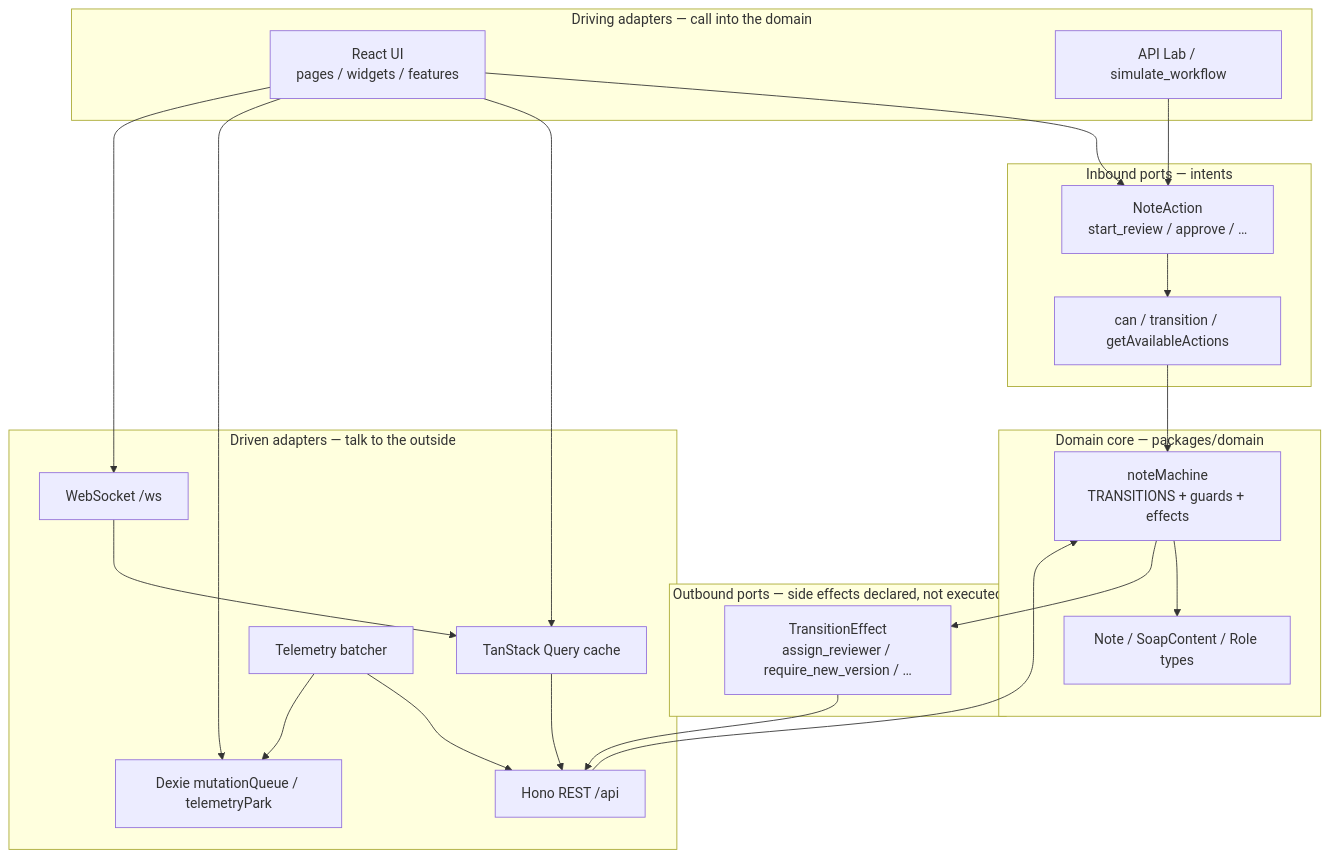
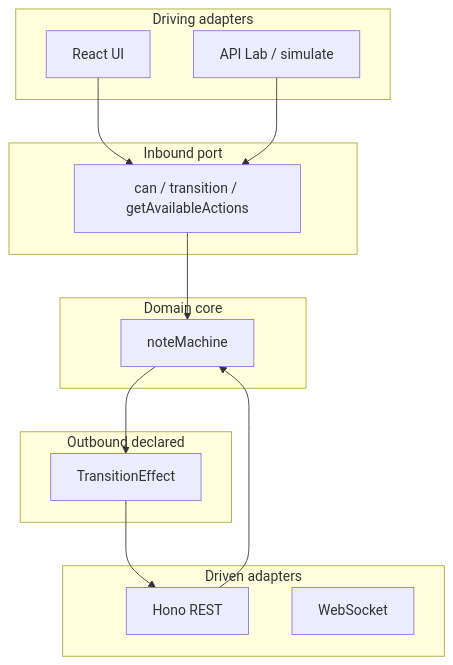
The diagram in docs/01-hexagonal-architecture.md (rickyssj2/cliniq-notes-ai), drawn with Mermaid before and after one commit. The commit also changed other lines of this file and 46 other files, not shown here.

````diff
--- a/docs/01-hexagonal-architecture.md
+++ b/docs/01-hexagonal-architecture.md
@@ -7,45 +67,26 @@
 ```mermaid
 flowchart TB
-  subgraph driving [Driving adapters — call into the domain]
-    UI[React UI<br/>pages / widgets / features]
-    Lab[API Lab / simulate_workflow]
+  subgraph driving [Driving adapters]
+    UI[React UI]
+    Lab[API Lab / simulate]
   end
-
-  subgraph portsIn [Inbound ports — intents]
-    Actions["NoteAction<br/>start_review / approve / …"]
-    Can["can / transition / getAvailableActions"]
+  subgraph portsIn [Inbound port]
+    Can[can / transition / getAvailableActions]
   end
-
-  subgraph core [Domain core — packages/domain]
-    SM[noteMachine<br/>TRANSITIONS + guards + effects]
-    Types[Note / SoapContent / Role types]
+  subgraph core [Domain core]
+    SM[noteMachine]
   end
-
-  subgraph portsOut [Outbound ports — side effects declared, not executed]
-    Effects["TransitionEffect<br/>assign_reviewer / require_new_version / …"]
+  subgraph portsOut [Outbound declared]
+    Effects[TransitionEffect]
   end
-
-  subgraph driven [Driven adapters — talk to the outside]
-    REST[Hono REST /api]
-    WS[WebSocket /ws]
-    TQ[TanStack Query cache]
-    DX[Dexie mutationQueue / telemetryPark]
-    Tel[Telemetry batcher]
+  subgraph driven [Driven adapters]
+    REST[Hono REST]
+    WS[WebSocket]
   end
-
-  UI --> Actions
-  Lab --> Actions
-  Actions --> Can
+  UI --> Can
+  Lab --> Can
   Can --> SM
-  SM --> Types
   SM --> Effects
   Effects --> REST
-  UI --> TQ
-  UI --> DX
-  TQ --> REST
-  UI --> WS
   REST --> SM
-  WS --> TQ
-  Tel --> REST
-  Tel --> DX
 ```
````
